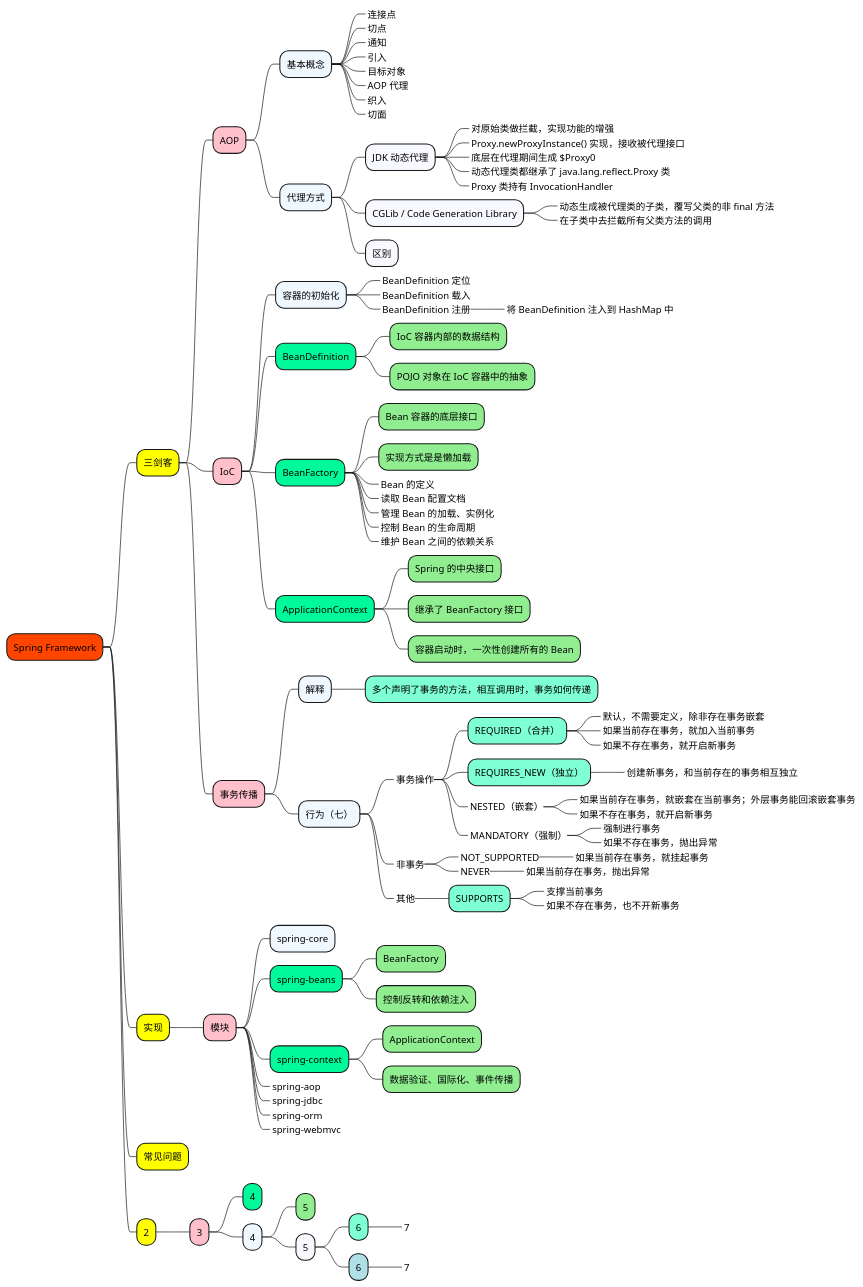
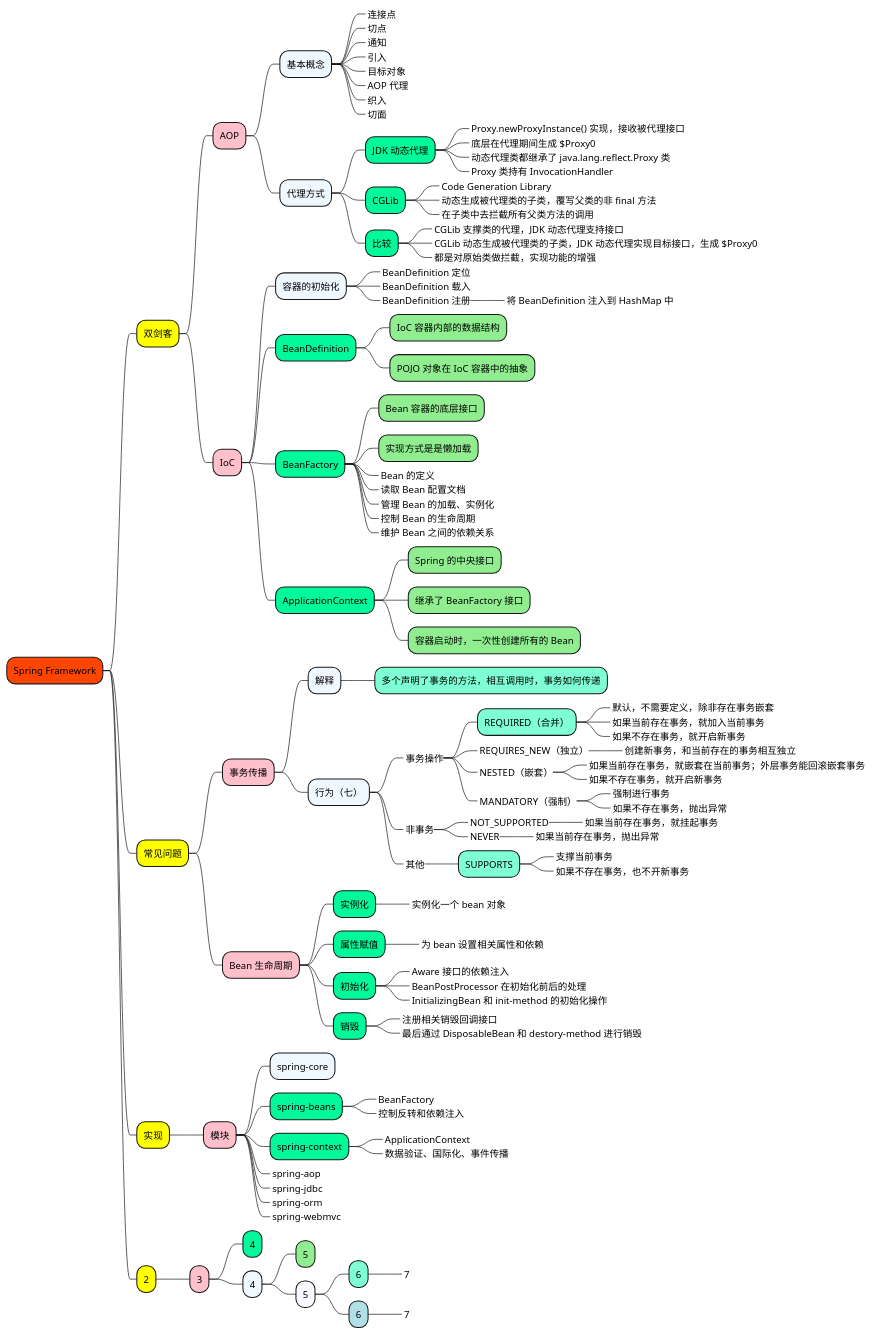
The diagram in 1_map/2-framework/Spring-Framework.puml (doveg/self-cultivation-of-a-software-engineer), drawn with PlantUML before and after one commit. The commit also changed 15 other files, not shown here.

```diff
--- a/1_map/2-framework/Spring-Framework.puml
+++ b/1_map/2-framework/Spring-Framework.puml
@@ -1,138 +1,179 @@
 @startmindmap
 
 +[#OrangeRed] Spring Framework
 
-++[#yellow] 三剑客
+++[#yellow] 双剑客
 
 +++[#Pink] AOP
 
 ++++[#AliceBlue] 基本概念
 +++++[#GhostWhite]_ 连接点
 +++++[#GhostWhite]_ 切点
 +++++[#GhostWhite]_ 通知
 +++++[#GhostWhite]_ 引入
 +++++[#GhostWhite]_ 目标对象
 +++++[#GhostWhite]_ AOP 代理
 +++++[#GhostWhite]_ 织入
 +++++[#GhostWhite]_ 切面
 
 ++++[#AliceBlue] 代理方式
 
-+++++[#GhostWhite] JDK 动态代理
-++++++[#LightGreen]_ 对原始类做拦截，实现功能的增强
++++++[#MediumSpringGreen] JDK 动态代理
 ++++++[#LightGreen]_ Proxy.newProxyInstance() 实现，接收被代理接口
 ++++++[#LightGreen]_ 底层在代理期间生成 $Proxy0
 ++++++[#LightGreen]_ 动态代理类都继承了 java.lang.reflect.Proxy 类
 ++++++[#LightGreen]_ Proxy 类持有 InvocationHandler
 
-+++++[#GhostWhite] CGLib / Code Generation Library
++++++[#MediumSpringGreen] CGLib
+++++++[#LightGreen]_ Code Generation Library
 ++++++[#LightGreen]_ 动态生成被代理类的子类，覆写父类的非 final 方法
 ++++++[#LightGreen]_ 在子类中去拦截所有父类方法的调用
 
-+++++[#GhostWhite] 区别
++++++[#MediumSpringGreen] 比较
+++++++[#LightGreen]_ CGLib 支撑类的代理，JDK 动态代理支持接口
+++++++[#LightGreen]_ CGLib 动态生成被代理类的子类，JDK 动态代理实现目标接口，生成 $Proxy0
+++++++[#LightGreen]_ 都是对原始类做拦截，实现功能的增强
 
 
 +++[#Pink] IoC
 
 ++++[#AliceBlue] 容器的初始化
 +++++[#GhostWhite]_ BeanDefinition 定位
 +++++[#GhostWhite]_ BeanDefinition 载入
 +++++[#GhostWhite]_ BeanDefinition 注册
 ++++++[#LightGreen]_ 将 BeanDefinition 注入到 HashMap 中
 
 ++++[#MediumSpringGreen] BeanDefinition
 +++++[#LightGreen] IoC 容器内部的数据结构
 +++++[#LightGreen] POJO 对象在 IoC 容器中的抽象
 
 ++++[#MediumSpringGreen] BeanFactory
 +++++[#LightGreen] Bean 容器的底层接口
 +++++[#LightGreen] 实现方式是是懒加载
 +++++[#GhostWhite]_ Bean 的定义
 +++++[#GhostWhite]_ 读取 Bean 配置文档
 +++++[#GhostWhite]_ 管理 Bean 的加载、实例化
 +++++[#GhostWhite]_ 控制 Bean 的生命周期
 +++++[#GhostWhite]_ 维护 Bean 之间的依赖关系
 
 ++++[#MediumSpringGreen] ApplicationContext
 +++++[#LightGreen] Spring 的中央接口
 +++++[#LightGreen] 继承了 BeanFactory 接口
 +++++[#LightGreen] 容器启动时，一次性创建所有的 Bean
 
 
+
+++[#yellow] 常见问题
+
+
 +++[#Pink] 事务传播
 
 ++++[#AliceBlue] 解释
 +++++[#Aquamarine] 多个声明了事务的方法，相互调用时，事务如何传递
 
 ++++[#AliceBlue] 行为（七）
 
 +++++[#Aquamarine]_ 事务操作
 
 ++++++[#Aquamarine] REQUIRED（合并）
 +++++++[#Aquamarine]_ 默认，不需要定义，除非存在事务嵌套
 +++++++[#Aquamarine]_ 如果当前存在事务，就加入当前事务
 +++++++[#Aquamarine]_ 如果不存在事务，就开启新事务
 
-++++++[#Aquamarine] REQUIRES_NEW（独立）
+++++++[#Aquamarine]_ REQUIRES_NEW（独立）
 +++++++[#Aquamarine]_ 创建新事务，和当前存在的事务相互独立
 
 ++++++[#Aquamarine]_ NESTED（嵌套）
 +++++++[#Aquamarine]_ 如果当前存在事务，就嵌套在当前事务；外层事务能回滚嵌套事务
 +++++++[#Aquamarine]_ 如果不存在事务，就开启新事务
 
 ++++++[#Aquamarine]_ MANDATORY（强制）
 +++++++[#Aquamarine]_ 强制进行事务
 +++++++[#Aquamarine]_ 如果不存在事务，抛出异常
 
 +++++[#Aquamarine]_ 非事务
 
 ++++++[#Aquamarine]_ NOT_SUPPORTED
 +++++++[#Aquamarine]_ 如果当前存在事务，就挂起事务
 
 ++++++[#Aquamarine]_ NEVER
 +++++++[#Aquamarine]_ 如果当前存在事务，抛出异常
 
 +++++[#Aquamarine]_ 其他
 
 ++++++[#Aquamarine] SUPPORTS
 +++++++[#Aquamarine]_ 支撑当前事务
 +++++++[#Aquamarine]_ 如果不存在事务，也不开新事务
 
 
 
++++[#Pink] Bean 生命周期
+
+++++[#MediumSpringGreen] 实例化
++++++[#LightGreen]_ 实例化一个 bean 对象
+++++[#MediumSpringGreen] 属性赋值
++++++[#LightGreen]_ 为 bean 设置相关属性和依赖
+++++[#MediumSpringGreen] 初始化
++++++[#LightGreen]_ Aware 接口的依赖注入
++++++[#LightGreen]_ BeanPostProcessor 在初始化前后的处理
++++++[#LightGreen]_ InitializingBean 和 init-method 的初始化操作
+++++[#MediumSpringGreen] 销毁
++++++[#LightGreen]_ 注册相关销毁回调接口
++++++[#LightGreen]_ 最后通过 DisposableBean 和 destory-method 进行销毁
+
+
+'++++[#MediumSpringGreen] IoC 方便管理，通过注解的方式告诉容器
+'
+'++++[#MediumSpringGreen] 作用域：
+'+++++[#LightGreen]_ 单例：容器种只存在一个这样的实例。
+'+++++[#LightGreen]_ 原型：每次获取指定的 Bean，容器都会返回一个新的实例对象。
+'
+'++++[#MediumSpringGreen] web 应用里面的会话，控制 Bean 的三种场景：
+'+++++[#LightGreen]_ request：每次请求创建一个新的。
+'+++++[#LightGreen]_ Session：同一个会话共享一个实例。
+'+++++[#LightGreen]_ globalSession：全局会话共享一个 Bean 实例。
+
+
+
+
+
+
 ++[#yellow] 实现
 
 +++[#Pink] 模块
 ++++[#AliceBlue] spring-core
 ++++[#MediumSpringGreen] spring-beans
-+++++[#LightGreen] BeanFactory
-+++++[#LightGreen] 控制反转和依赖注入
++++++[#LightGreen]_ BeanFactory
++++++[#LightGreen]_ 控制反转和依赖注入
 ++++[#MediumSpringGreen] spring-context
-+++++[#LightGreen] ApplicationContext
-+++++[#LightGreen] 数据验证、国际化、事件传播
++++++[#LightGreen]_ ApplicationContext
++++++[#LightGreen]_ 数据验证、国际化、事件传播
 ++++[#AliceBlue]_ spring-aop
 ++++[#AliceBlue]_ spring-jdbc
 ++++[#AliceBlue]_ spring-orm
 ++++[#AliceBlue]_ spring-webmvc
 
 
-
-++[#yellow] 常见问题
 
 
 
 ++[#yellow] 2
 
 +++[#Pink] 3
 
 ++++[#MediumSpringGreen] 4
 ++++[#AliceBlue] 4
 +++++[#LightGreen] 5
 +++++[#GhostWhite] 5
 ++++++[#Aquamarine] 6
 +++++++[#Aquamarine]_ 7
 ++++++[#PowderBlue] 6
 +++++++[#PowderBlue]_ 7
 
 
+
+
+
+
+
 @endmindmap
```
